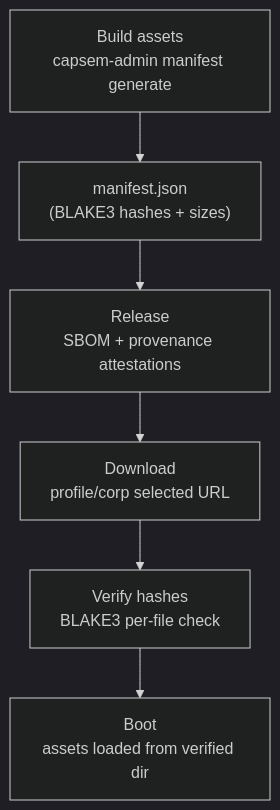
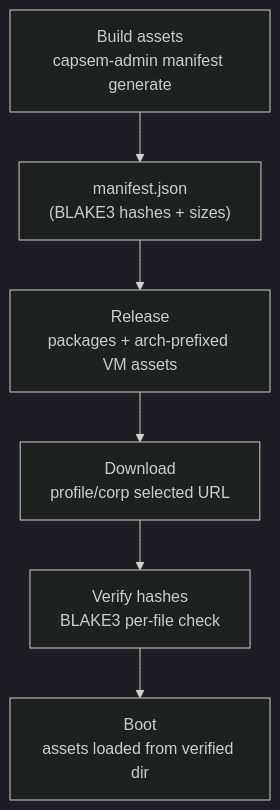
Before and after one commit to google/capsem: the second of 2 diagrams in docs/src/content/docs/security/build-verification.md, drawn with Mermaid (dark theme). The commit also changed other lines of this file and 9 other files, not shown here.

````diff
--- a/docs/src/content/docs/security/build-verification.md
+++ b/docs/src/content/docs/security/build-verification.md
@@ -135,8 +135,8 @@
 ```mermaid
 graph TD
     A["Build assets<br/>capsem-admin manifest generate"] --> B["manifest.json<br/>(BLAKE3 hashes + sizes)"]
-    B --> C["Release<br/>SBOM + provenance attestations"]
+    B --> C["Release<br/>packages + arch-prefixed VM assets"]
     C --> D["Download<br/>profile/corp selected URL"]
     D --> E["Verify hashes<br/>BLAKE3 per-file check"]
     E --> F["Boot<br/>assets loaded from verified dir"]
 ```
````
